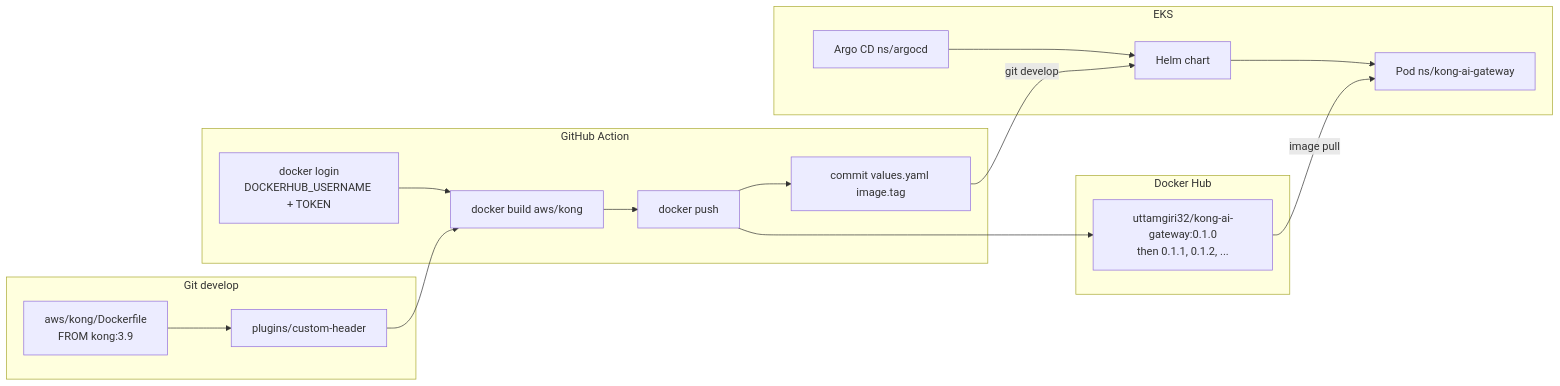
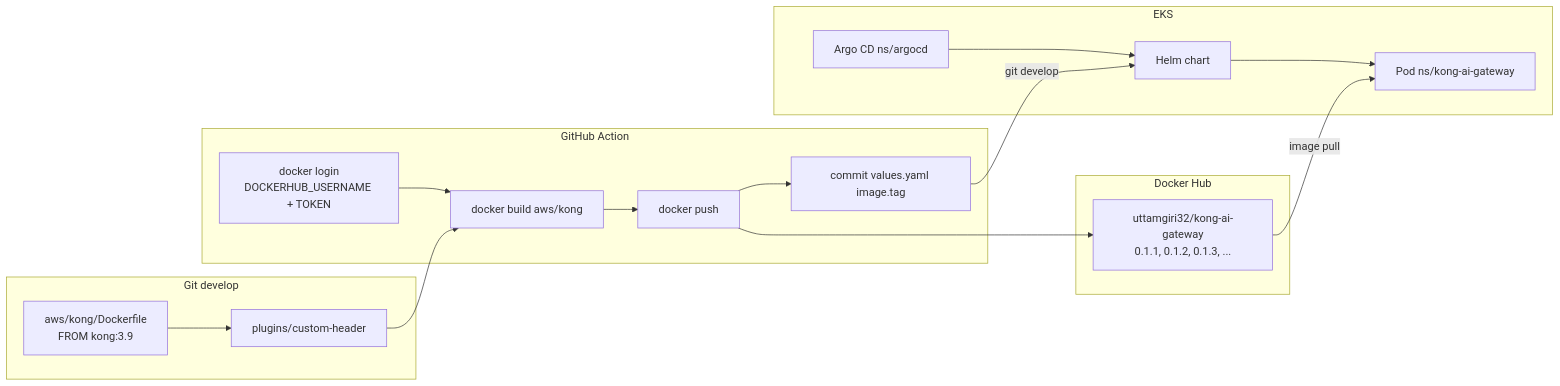
Before and after one commit to UttamGiri/kong-ai-gateway: the diagram in aws/kong/PIPELINE.md, drawn with Mermaid. The commit also changed other lines of this file and 2 other files, not shown here.

First line of the commit message:
Always bump the Kong image patch by one and drop the workflow tag input.

````diff
--- a/aws/kong/PIPELINE.md
+++ b/aws/kong/PIPELINE.md
@@ -9,32 +9,32 @@
 ```mermaid
 flowchart LR
     subgraph git ["Git develop"]
         DF["aws/kong/Dockerfile<br/>FROM kong:3.9"]
         PLUG["plugins/custom-header"]
         DF --> PLUG
     end
 
     subgraph gha ["GitHub Action"]
         LOGIN["docker login<br/>DOCKERHUB_USERNAME + TOKEN"]
         BUILD["docker build aws/kong"]
         PUSH["docker push"]
         VAL["commit values.yaml image.tag"]
         LOGIN --> BUILD --> PUSH --> VAL
     end
 
     subgraph hub ["Docker Hub"]
-        IMG["uttamgiri32/kong-ai-gateway:0.1.0<br/>then 0.1.1, 0.1.2, ..."]
+        IMG["uttamgiri32/kong-ai-gateway<br/>0.1.1, 0.1.2, 0.1.3, ..."]
     end
 
     subgraph cluster ["EKS"]
         ARGO["Argo CD ns/argocd"]
         HELM["Helm chart"]
         POD["Pod ns/kong-ai-gateway"]
         ARGO --> HELM --> POD
     end
 
     PLUG --> BUILD
     PUSH --> IMG
     VAL -->|"git develop"| HELM
     IMG -->|"image pull"| POD
 ```
````
